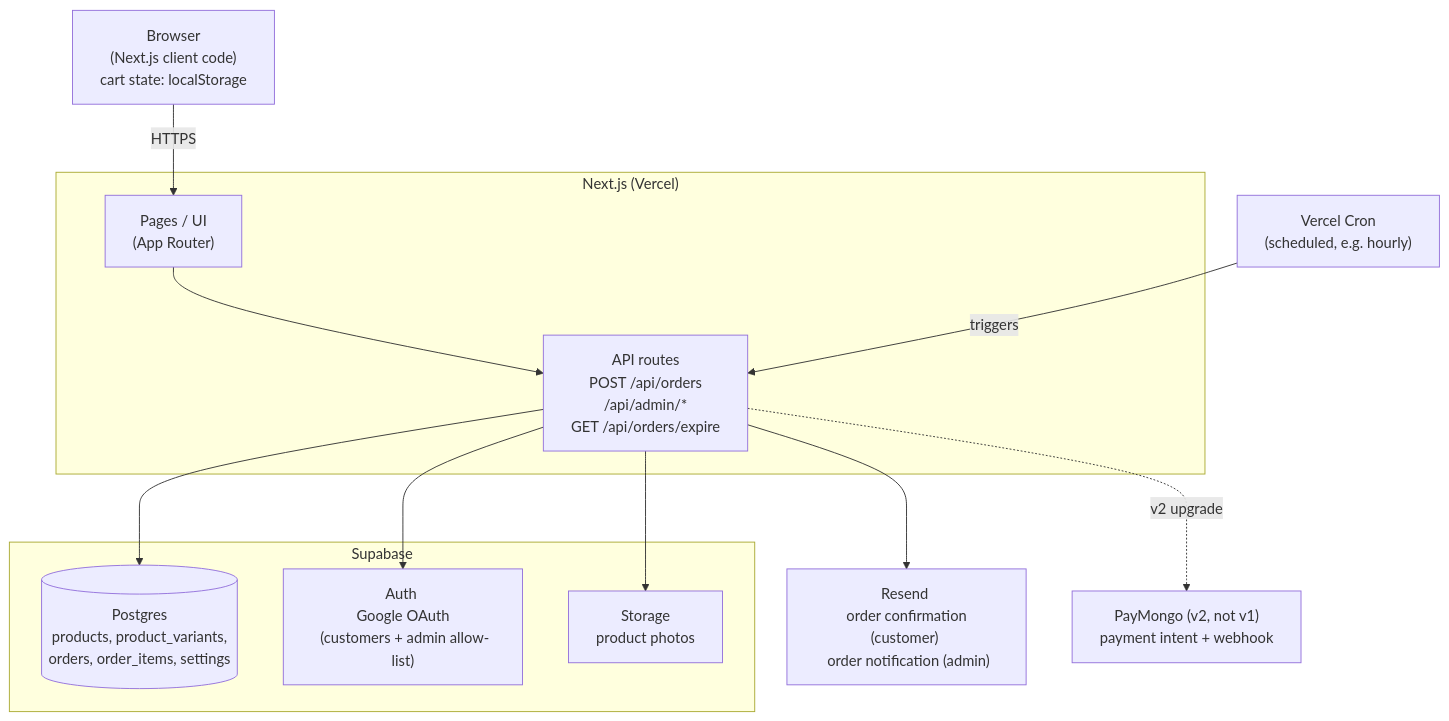
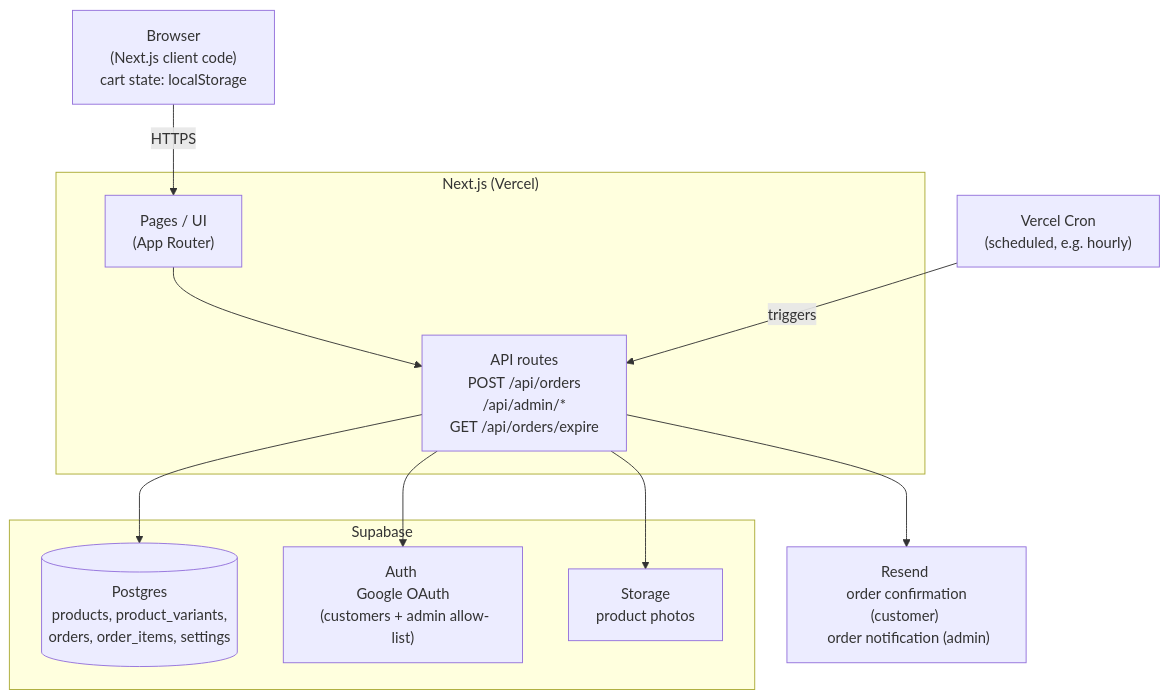
The diagram in docs/ARCHITECTURE.md (romerolorenz/leather-shop), drawn with Mermaid before and after one commit. The commit also changed other lines of this file and 28 other files, not shown here.

````diff
--- a/docs/ARCHITECTURE.md
+++ b/docs/ARCHITECTURE.md
@@ -10,28 +10,26 @@
 ```mermaid
 flowchart TD
     Browser["Browser \n (Next.js client code) \n cart state: localStorage"]
     Cron["Vercel Cron \n (scheduled, e.g. hourly)"]
 
     subgraph NextJS["Next.js (Vercel)"]
         UI["Pages / UI \n (App Router)"]
         API["API routes \n POST /api/orders \n /api/admin/* \n GET /api/orders/expire"]
     end
 
     subgraph SB["Supabase"]
         DB[("Postgres \n products, product_variants, \n orders, order_items, settings")]
         Auth["Auth \n Google OAuth \n (customers + admin allow-list)"]
         Storage["Storage \n product photos"]
     end
 
     Resend["Resend \n order confirmation (customer) \n order notification (admin)"]
-    PayMongo["PayMongo (v2, not v1) \n payment intent + webhook"]
 
     Browser -->|HTTPS| UI
     UI --> API
     Cron -->|triggers| API
     API --> DB
     API --> Auth
     API --> Storage
     API --> Resend
-    API -.->|v2 upgrade| PayMongo
 ```
````
